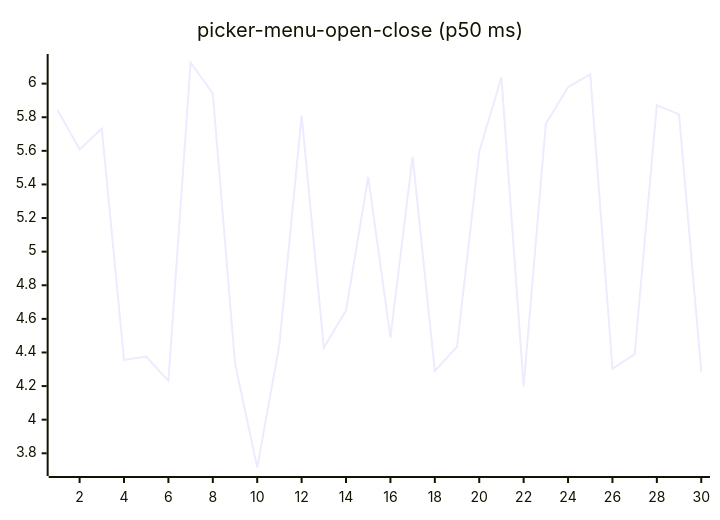
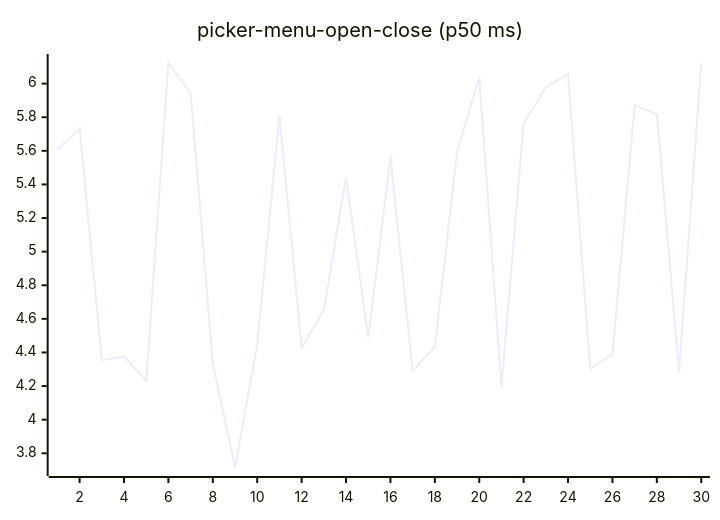
Diagram 16 of 27 in README.md (josha/Facet), drawn with Mermaid before and after one commit. The commit also changed other lines of this file and 2 other files, not shown here.

````diff
--- a/README.md
+++ b/README.md
@@ -168,6 +168,6 @@
 ```mermaid
 xychart-beta
     title "picker-menu-open-close (p50 ms)"
     x-axis 1 --> 30
-    line [5.8449, 5.6085, 5.7317, 4.3559, 4.3756, 4.2307, 6.1258, 5.9413, 4.3353, 3.7154, 4.4466, 5.8101, 4.4287, 4.6495, 5.4442, 4.4899, 5.5654, 4.2905, 4.4342, 5.5941, 6.0384, 4.1981, 5.7619, 5.9791, 6.0560, 4.3027, 4.3902, 5.8724, 5.8169, 4.2859]
+    line [5.6085, 5.7317, 4.3559, 4.3756, 4.2307, 6.1258, 5.9413, 4.3353, 3.7154, 4.4466, 5.8101, 4.4287, 4.6495, 5.4442, 4.4899, 5.5654, 4.2905, 4.4342, 5.5941, 6.0384, 4.1981, 5.7619, 5.9791, 6.0560, 4.3027, 4.3902, 5.8724, 5.8169, 4.2859, 6.1231]
 ```
````
